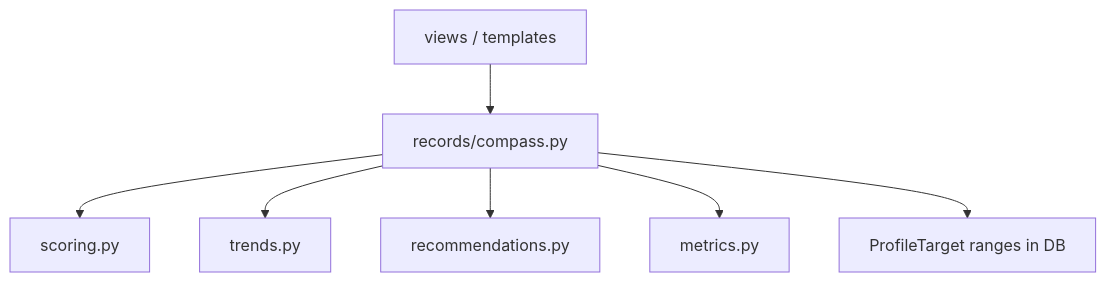
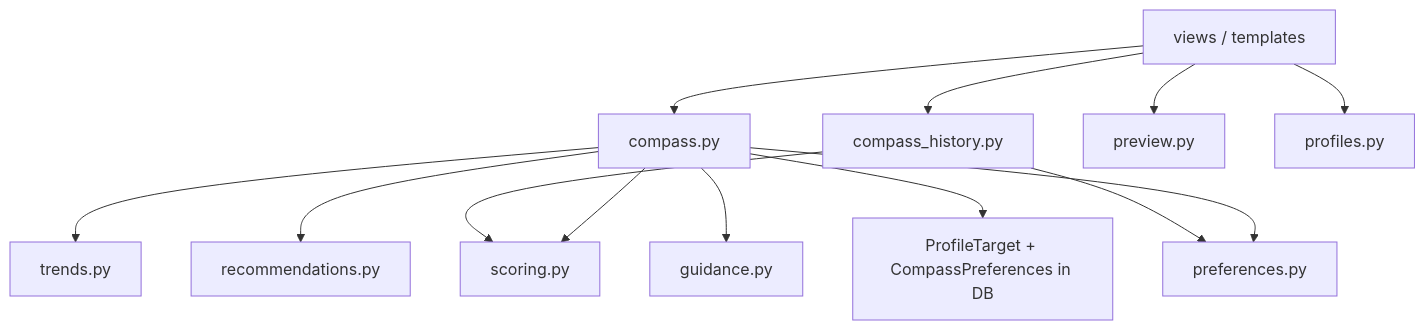
Before and after one commit to didac-crst/body-history: the fourth of 5 diagrams in docs/architecture.md, drawn with Mermaid. The commit also changed other lines of this file and 30 other files, not shown here.

````diff
--- a/docs/architecture.md
+++ b/docs/architecture.md
@@ -61,9 +73,15 @@
 ```mermaid
 flowchart TB
-  views["views / templates"] --> compass["records/compass.py"]
+  views["views / templates"] --> compass["compass.py"]
+  views --> history["compass_history.py"]
+  views --> preview["preview.py"]
+  views --> profiles["profiles.py"]
   compass --> scoring["scoring.py"]
   compass --> trends["trends.py"]
   compass --> recs["recommendations.py"]
-  compass --> metrics["metrics.py"]
-  compass --> db["ProfileTarget ranges in DB"]
+  compass --> guidance["guidance.py"]
+  compass --> prefs["preferences.py"]
+  history --> scoring
+  history --> prefs
+  compass --> db["ProfileTarget + CompassPreferences in DB"]
 ```
````
